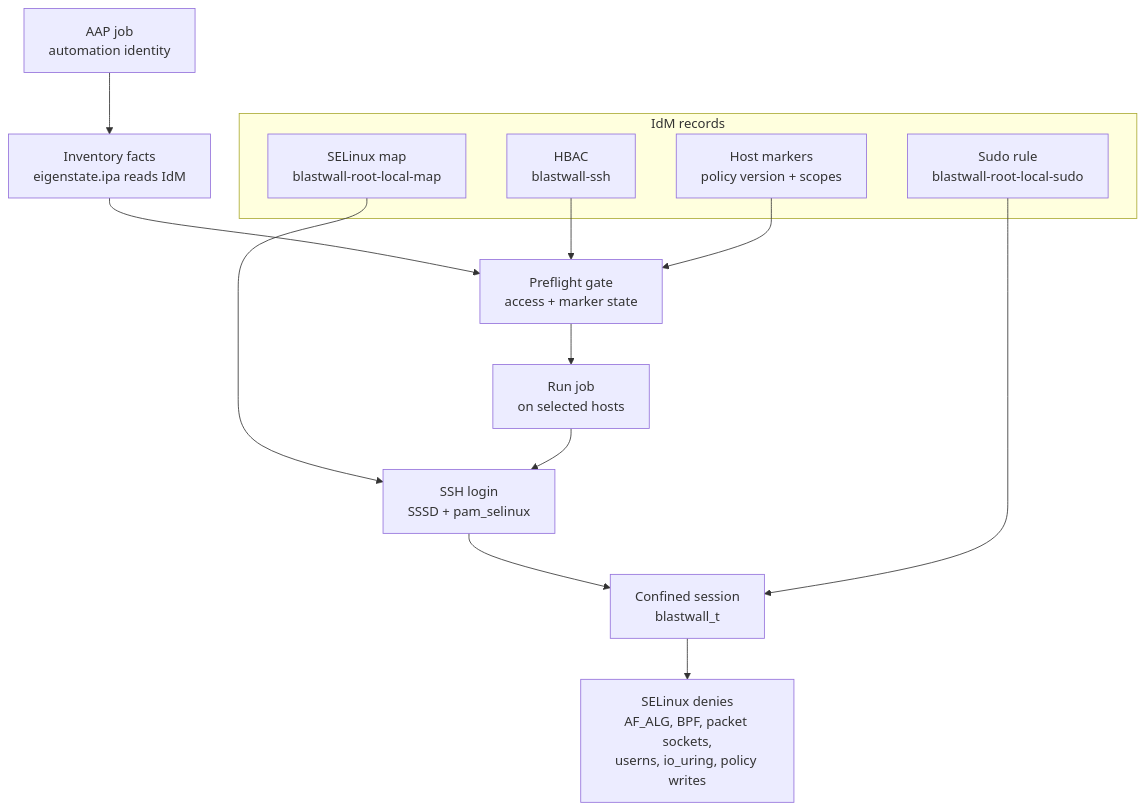
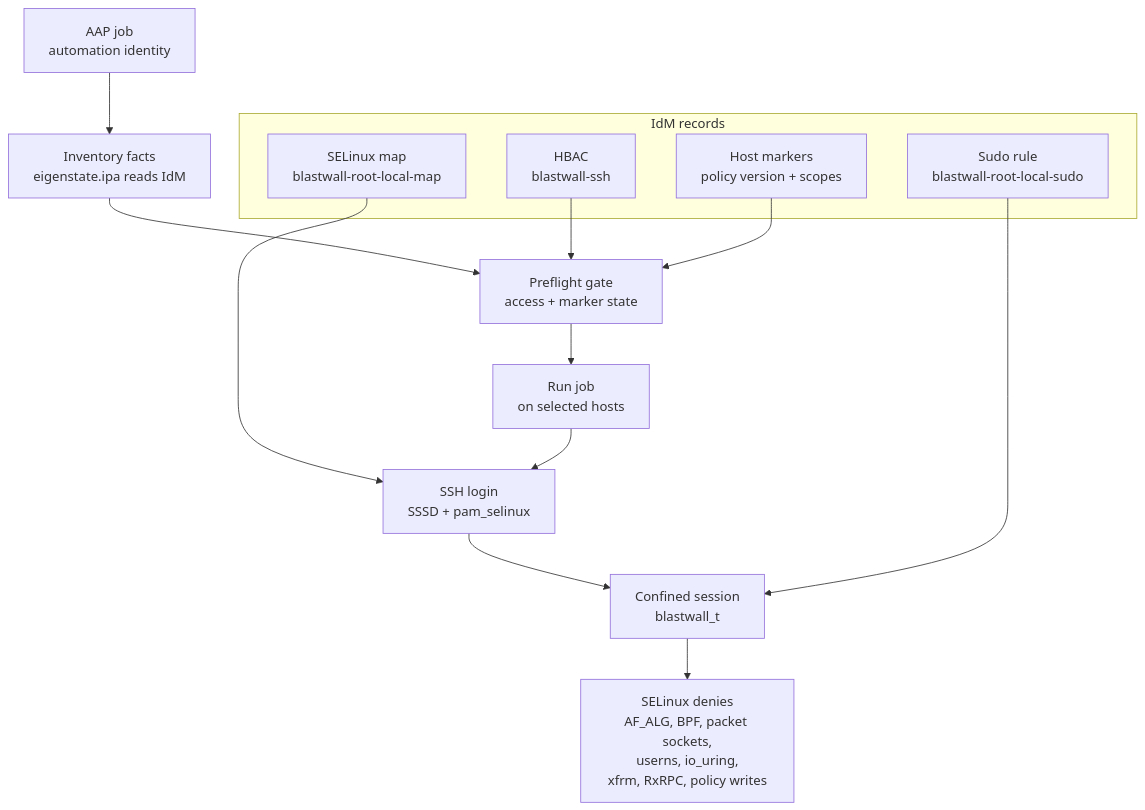
Before and after one commit to gprocunier/blastwall: the diagram in docs/assets/diagrams/architecture-flow.mmd, drawn with Mermaid. The commit also changed 50 other files, not shown here.

```diff
--- a/docs/assets/diagrams/architecture-flow.mmd
+++ b/docs/assets/diagrams/architecture-flow.mmd
@@ -1,19 +1,19 @@
 flowchart TB
     AAP["AAP job<br/>automation identity"] --> INV["Inventory facts<br/>eigenstate.ipa reads IdM"]
 
     subgraph IDM["IdM records"]
       HBAC["HBAC<br/>blastwall-ssh"]
       MARKERS["Host markers<br/>policy version + scopes"]
       MAP["SELinux map<br/>blastwall-root-local-map"]
       SUDO["Sudo rule<br/>blastwall-root-local-sudo"]
     end
 
     INV --> PREFLIGHT["Preflight gate<br/>access + marker state"]
     HBAC --> PREFLIGHT
     MARKERS --> PREFLIGHT
     PREFLIGHT --> RUN["Run job<br/>on selected hosts"]
     MAP --> LOGIN["SSH login<br/>SSSD + pam_selinux"]
     RUN --> LOGIN
     LOGIN --> DOMAIN["Confined session<br/>blastwall_t"]
     SUDO --> DOMAIN
-    DOMAIN --> DENY["SELinux denies<br/>AF_ALG, BPF, packet sockets,<br/>userns, io_uring, policy writes"]
+    DOMAIN --> DENY["SELinux denies<br/>AF_ALG, BPF, packet sockets,<br/>userns, io_uring,<br/>xfrm, RxRPC, policy writes"]
```
